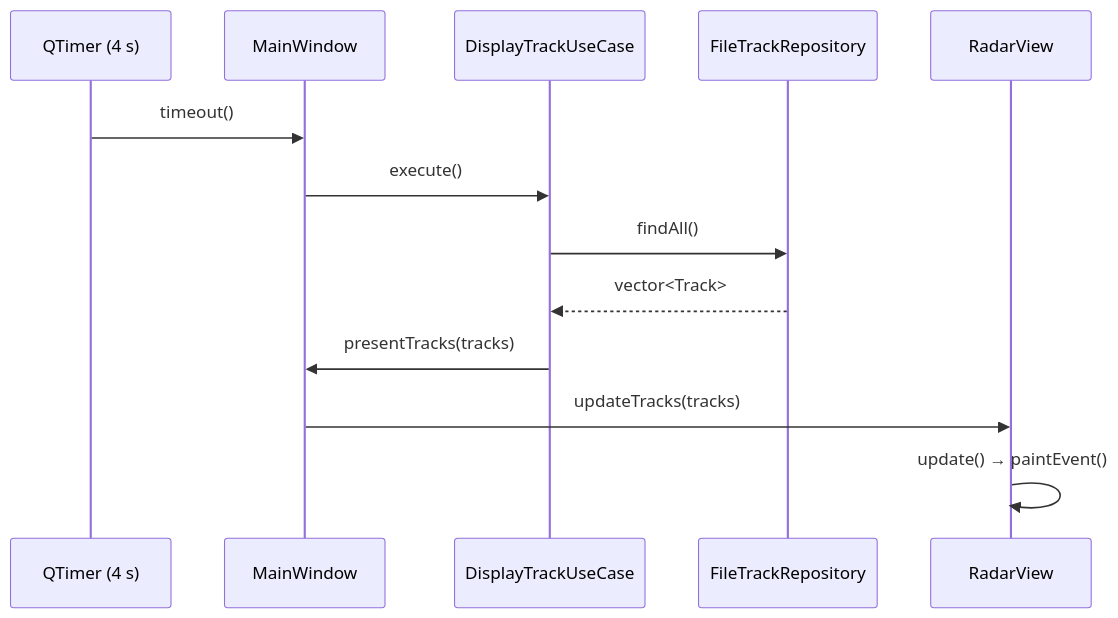
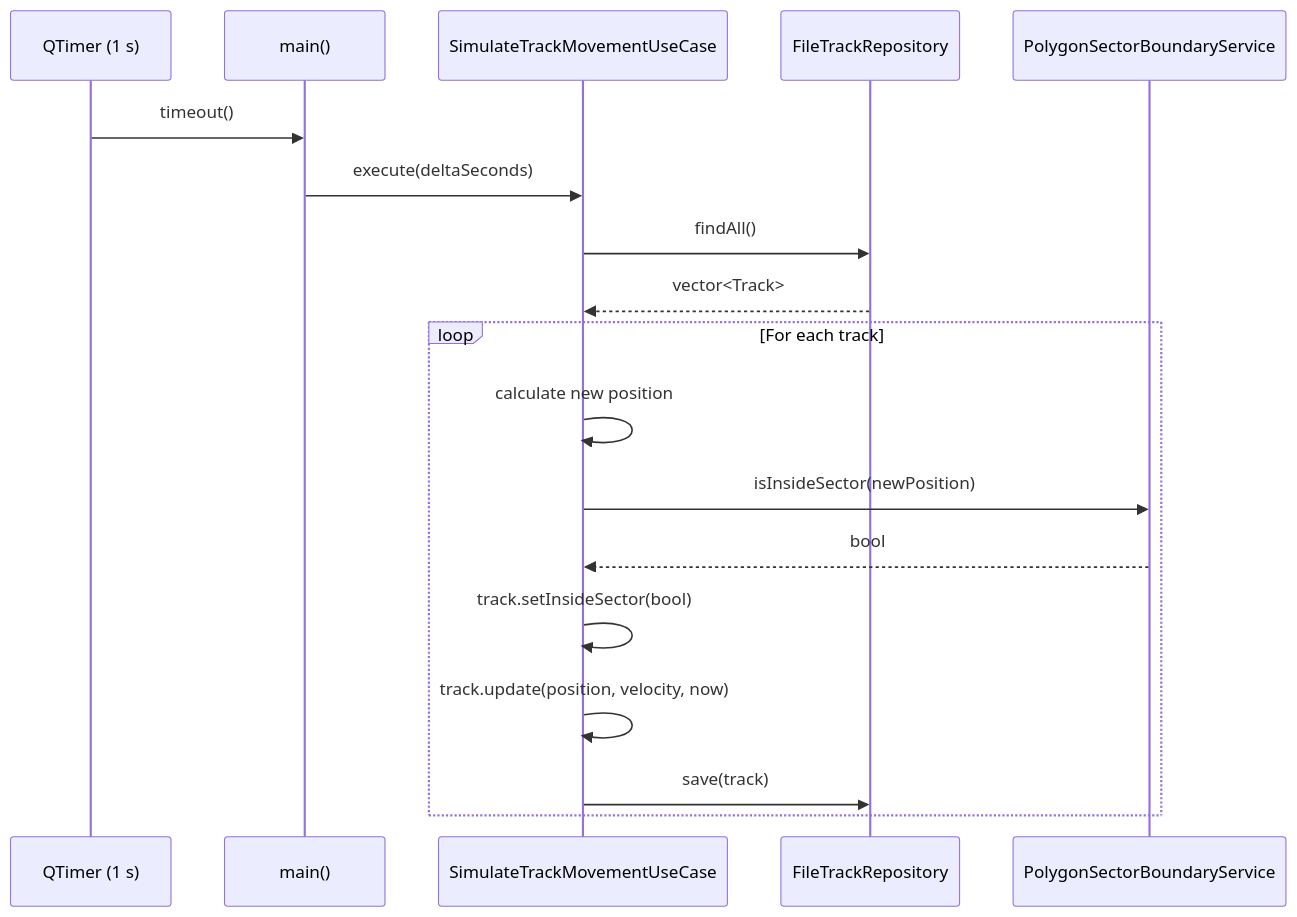
The fifth of 7 diagrams in docs/architecture.md (kishoredharmas/CWP_QT), drawn with Mermaid before and after one commit. The commit also changed other lines of this file and 21 other files, not shown here.

````diff
--- a/docs/architecture.md
+++ b/docs/architecture.md
@@ -178,16 +288,22 @@
 ```mermaid
 sequenceDiagram
-    participant Timer as QTimer (4 s)
-    participant MW as MainWindow
-    participant UC as DisplayTrackUseCase
+    participant Timer as QTimer (1 s)
+    participant Main as main()
+    participant SM as SimulateTrackMovementUseCase
     participant Repo as FileTrackRepository
-    participant RV as RadarView
+    participant Sect as PolygonSectorBoundaryService
 
-    Timer->>MW: timeout()
-    MW->>UC: execute()
-    UC->>Repo: findAll()
-    Repo-->>UC: vector<Track>
-    UC->>MW: presentTracks(tracks)
-    MW->>RV: updateTracks(tracks)
-    RV->>RV: update() → paintEvent()
+    Timer->>Main: timeout()
+    Main->>SM: execute(deltaSeconds)
+    SM->>Repo: findAll()
+    Repo-->>SM: vector<Track>
+    
+    loop For each track
+        SM->>SM: calculate new position
+        SM->>Sect: isInsideSector(newPosition)
+        Sect-->>SM: bool
+        SM->>SM: track.setInsideSector(bool)
+        SM->>SM: track.update(position, velocity, now)
+        SM->>Repo: save(track)
+    end
 ```
````
